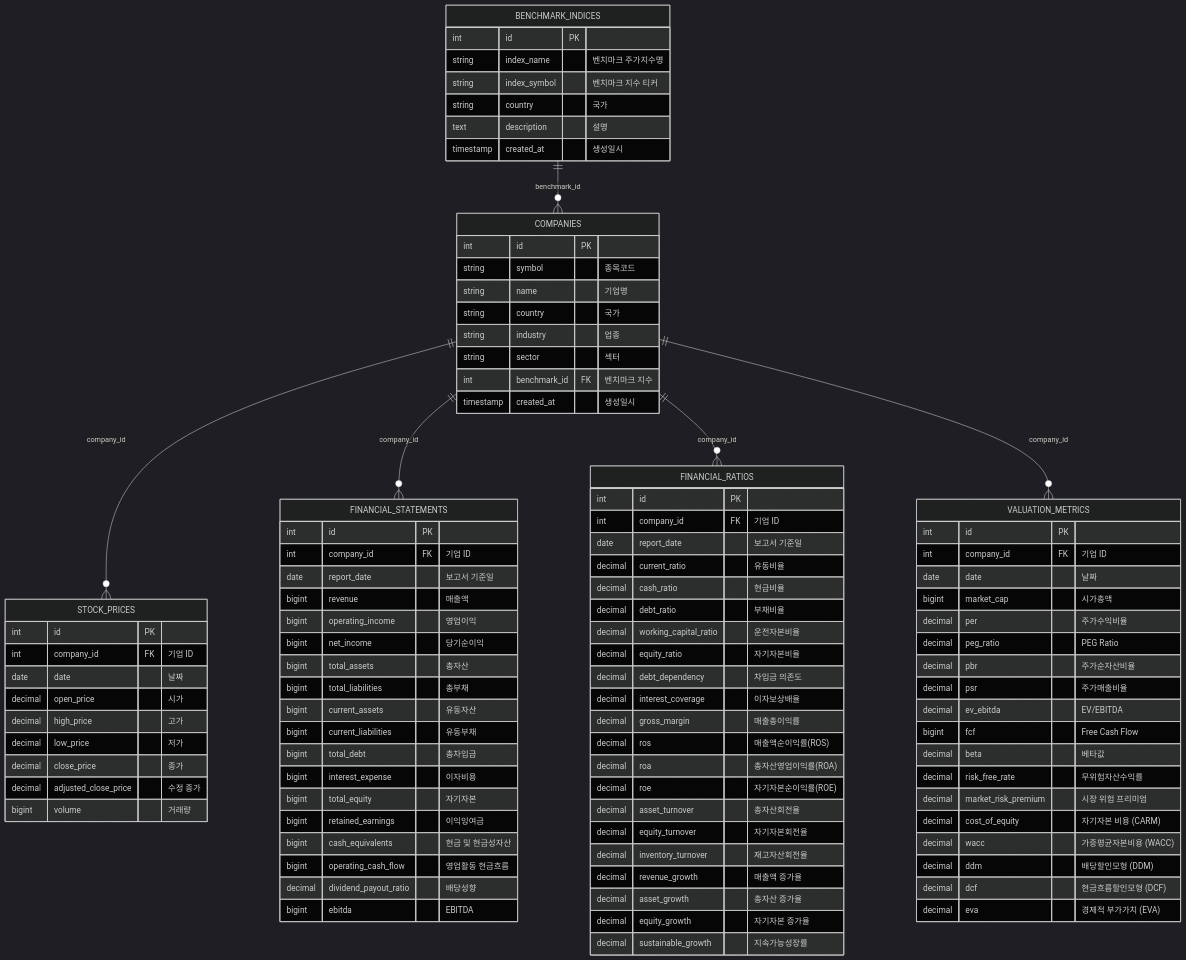
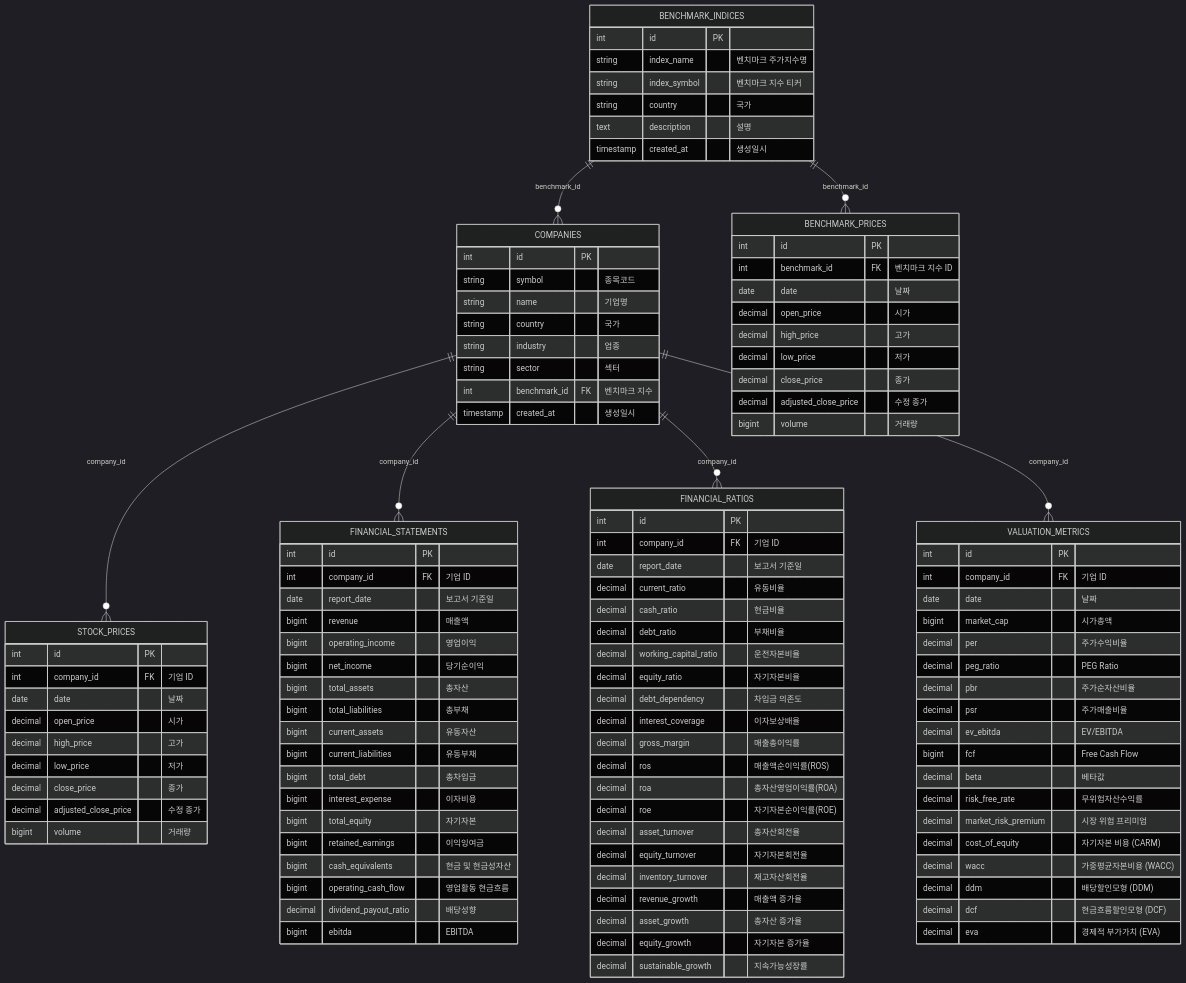
One commit to Donggyu-Kim1/stock_data changed the diagram in README.md. Above: the diagram before and after it, drawn with Mermaid (dark theme). The commit also changed other lines of this file and 6 other files, not shown here.

```diff
--- a/README.md
+++ b/README.md
@@ -229,7 +243,20 @@
         timestamp created_at "생성일시"
     }
 
+    BENCHMARK_PRICES {
+        int id PK
+        int benchmark_id FK "벤치마크 지수 ID"
+        date date "날짜"
+        decimal open_price "시가"
+        decimal high_price "고가"
+        decimal low_price "저가"
+        decimal close_price "종가"
+        decimal adjusted_close_price "수정 종가"
+        bigint volume "거래량"
+    }
+
     BENCHMARK_INDICES ||--o{ COMPANIES : "benchmark_id"
+    BENCHMARK_INDICES ||--o{ BENCHMARK_PRICES : "benchmark_id"
     COMPANIES ||--o{ STOCK_PRICES : "company_id"
     COMPANIES ||--o{ FINANCIAL_STATEMENTS : "company_id"
     COMPANIES ||--o{ FINANCIAL_RATIOS : "company_id"
```
